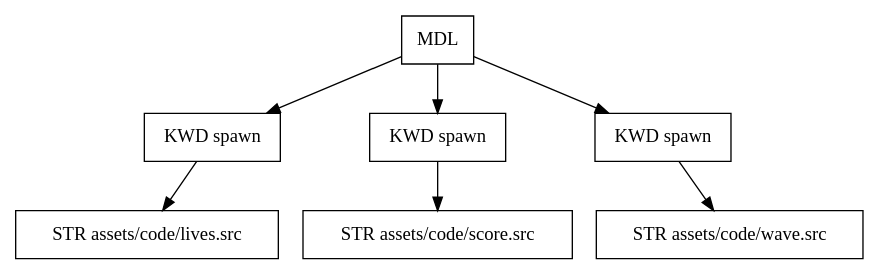
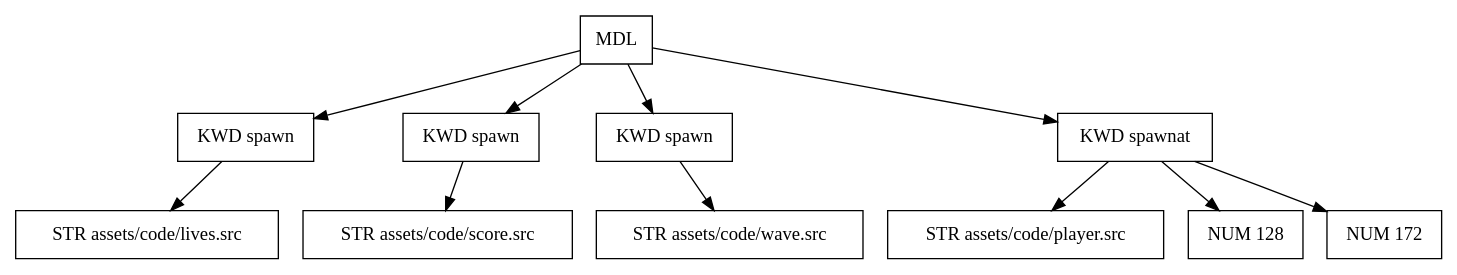
The diagram in assets/code/hud.src.gv (seanbutler/Morris), drawn with Graphviz before and after one commit. The commit also changed 14 other files, not shown here.

Commit message:
tweaking code in assets

```diff
--- a/assets/code/hud.src.gv
+++ b/assets/code/hud.src.gv
@@ -1,23 +1,35 @@
 digraph G {
 node [shape = circle];
-node41 [ uuid = "a013df1f-4655-4861-8705-b39a3931764a" shape = "record" label = "MDL
+node64 [ uuid = "e03814bb-de70-4952-b530-a0aa4ddc15bc" shape = "record" label = "MDL
  " ];
-node42 [ uuid = "f96ea775-509f-495a-b771-1e3851ec06dd" shape = "record" label = "KWD
+node65 [ uuid = "e3f78276-4bc3-45d9-9133-8b68205e1b9b" shape = "record" label = "KWD
  spawn" ];
-node43 [ uuid = "7084870c-1d09-4641-a36e-ea03c6865a24" shape = "record" label = "STR
+node66 [ uuid = "5a12c9d6-b8c5-432e-8da3-fe23e0daa6ad" shape = "record" label = "STR
  assets/code/lives.src" ];
-node42 -> node43;
-node41 -> node42;
-node44 [ uuid = "de3f5ab0-9167-4958-98b9-be7b3ddacfdc" shape = "record" label = "KWD
+node65 -> node66;
+node64 -> node65;
+node67 [ uuid = "e6be67c5-c349-4a29-96cf-3070471c36a0" shape = "record" label = "KWD
  spawn" ];
-node45 [ uuid = "8ddcfdaa-f44a-4e20-ae74-ed4ccb6d5feb" shape = "record" label = "STR
+node68 [ uuid = "5593e5dc-b14a-4c74-8c70-9fcb31d76905" shape = "record" label = "STR
  assets/code/score.src" ];
-node44 -> node45;
-node41 -> node44;
-node46 [ uuid = "f841c556-546e-4b94-9bd2-fd93c58e053d" shape = "record" label = "KWD
+node67 -> node68;
+node64 -> node67;
+node69 [ uuid = "85c2d58f-c533-4c30-9b27-3407899eb5fa" shape = "record" label = "KWD
  spawn" ];
-node47 [ uuid = "3ea3d71c-9f09-44e8-894d-e1c43fb0a040" shape = "record" label = "STR
+node70 [ uuid = "4d928d42-a345-4df7-a39e-f199589aad88" shape = "record" label = "STR
  assets/code/wave.src" ];
-node46 -> node47;
-node41 -> node46;
+node69 -> node70;
+node64 -> node69;
+node71 [ uuid = "a2db1c91-6136-4440-b872-44b39b1dd097" shape = "record" label = "KWD
+ spawnat" ];
+node72 [ uuid = "6f2cce15-9915-4864-9e28-c60f5ff8dad0" shape = "record" label = "STR
+ assets/code/player.src" ];
+node71 -> node72;
+node73 [ uuid = "6ad6ac55-8653-4bf4-8f3e-257a8f14a41e" shape = "record" label = "NUM
+ 128" ];
+node71 -> node73;
+node74 [ uuid = "75b1f368-3588-4ea4-861d-f370bfdd7ddb" shape = "record" label = "NUM
+ 172" ];
+node71 -> node74;
+node64 -> node71;
 }
```
